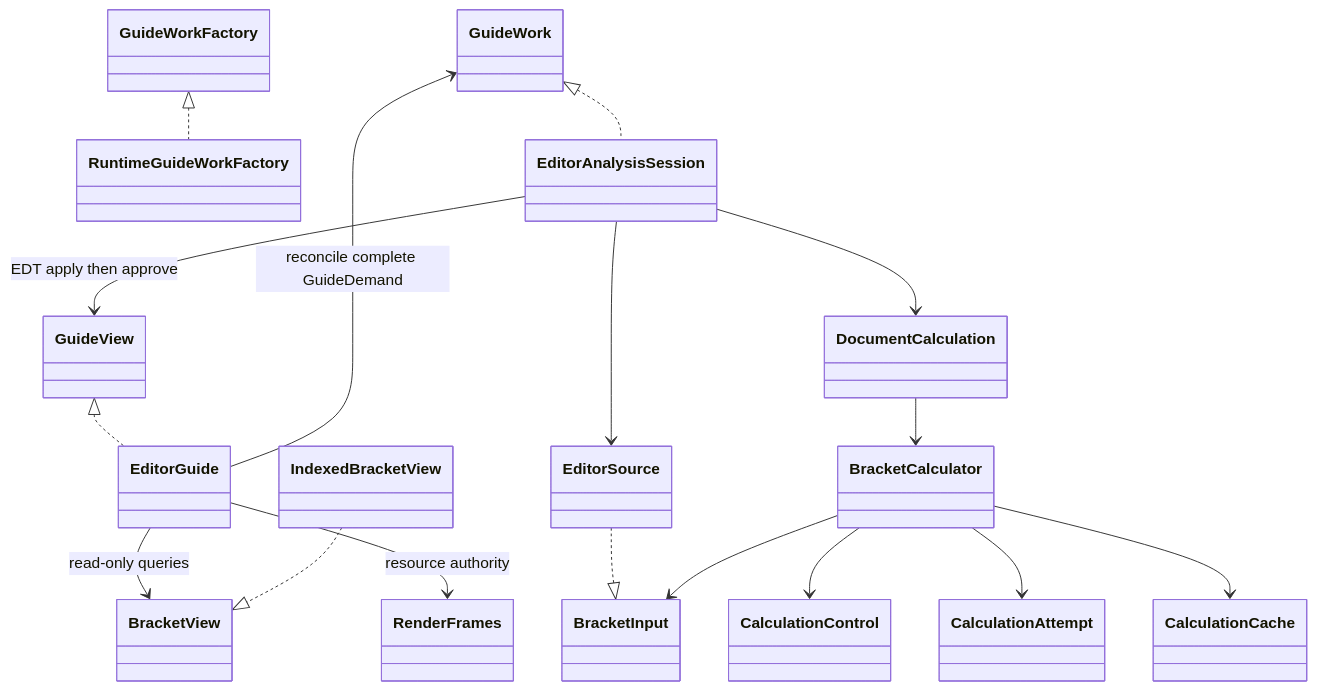
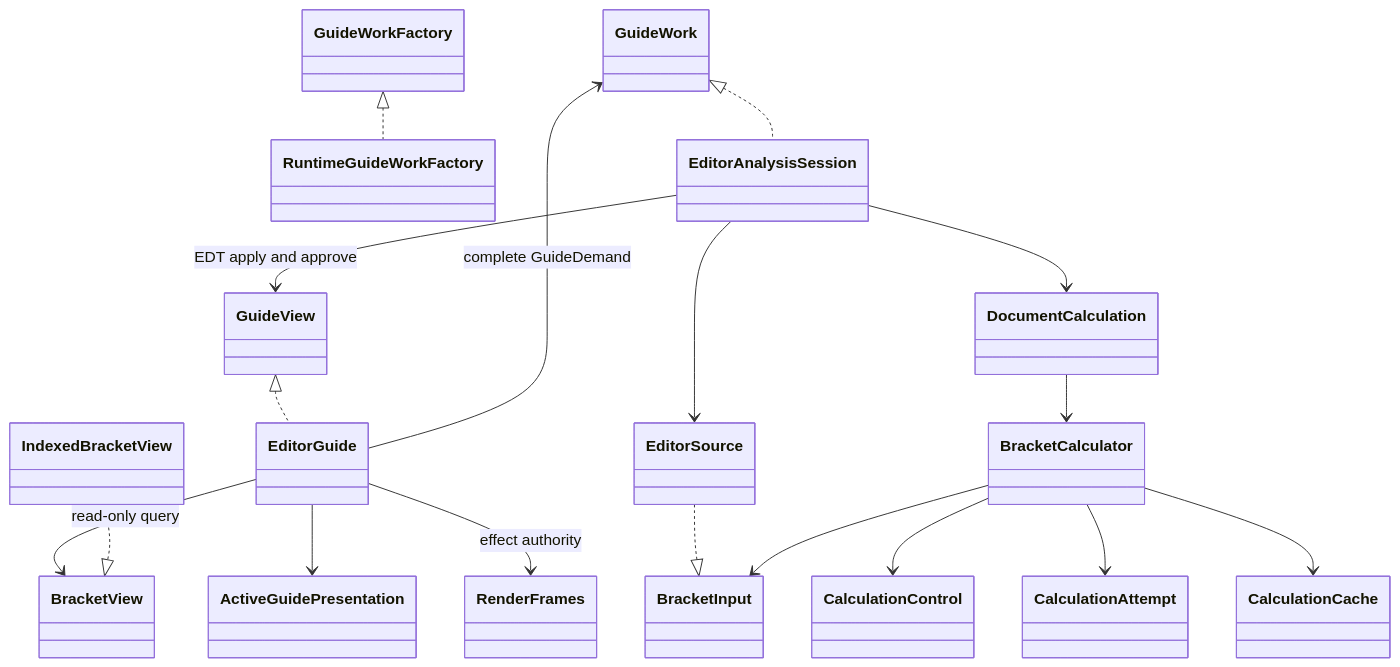
Before and after one commit to YangSiJun528/bracket-pair-guides: the second of 2 diagrams in outputs/issue-97/redesign/final-report.md, drawn with Mermaid. The commit also changed other lines of this file and 451 other files, not shown here.

````diff
--- a/outputs/issue-97/redesign/final-report.md
+++ b/outputs/issue-97/redesign/final-report.md
@@ -35,19 +38,20 @@
 ```mermaid
 classDiagram
     GuideWorkFactory <|.. RuntimeGuideWorkFactory
     GuideWork <|.. EditorAnalysisSession
     GuideView <|.. EditorGuide
-    EditorGuide --> GuideWork : reconcile complete GuideDemand
-    EditorAnalysisSession --> GuideView : EDT apply then approve
+    EditorGuide --> GuideWork : complete GuideDemand
+    EditorAnalysisSession --> GuideView : EDT apply and approve
     EditorAnalysisSession --> DocumentCalculation
     DocumentCalculation --> BracketCalculator
     EditorAnalysisSession --> EditorSource
     EditorSource ..|> BracketInput
     BracketCalculator --> BracketInput
     BracketCalculator --> CalculationControl
     BracketCalculator --> CalculationAttempt
     BracketCalculator --> CalculationCache
-    EditorGuide --> BracketView : read-only queries
+    EditorGuide --> BracketView : read-only query
     IndexedBracketView ..|> BracketView
-    EditorGuide --> RenderFrames : resource authority
+    EditorGuide --> ActiveGuidePresentation
+    EditorGuide --> RenderFrames : effect authority
 ```
````
